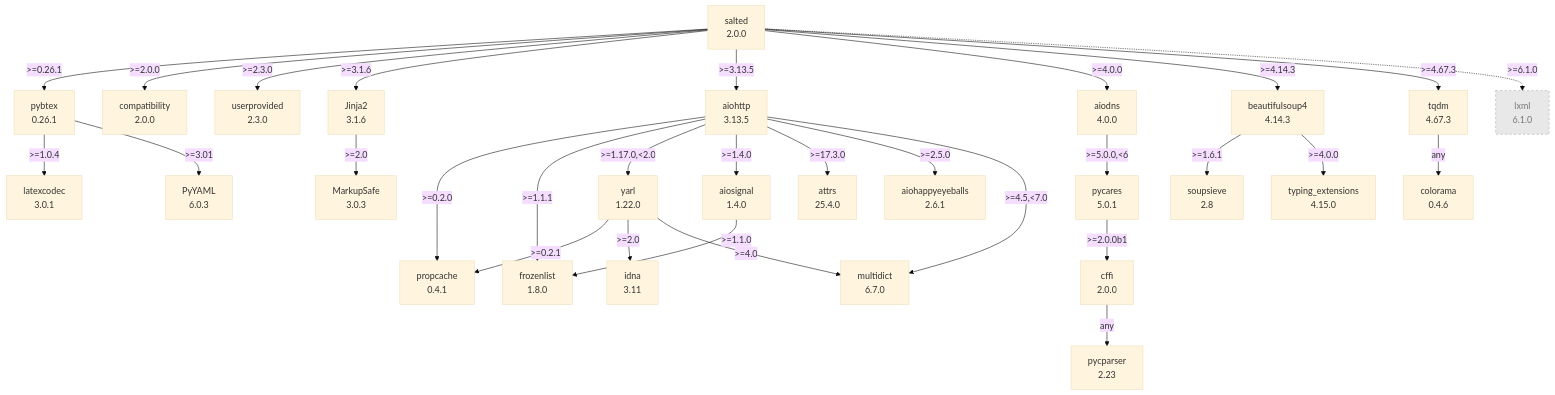
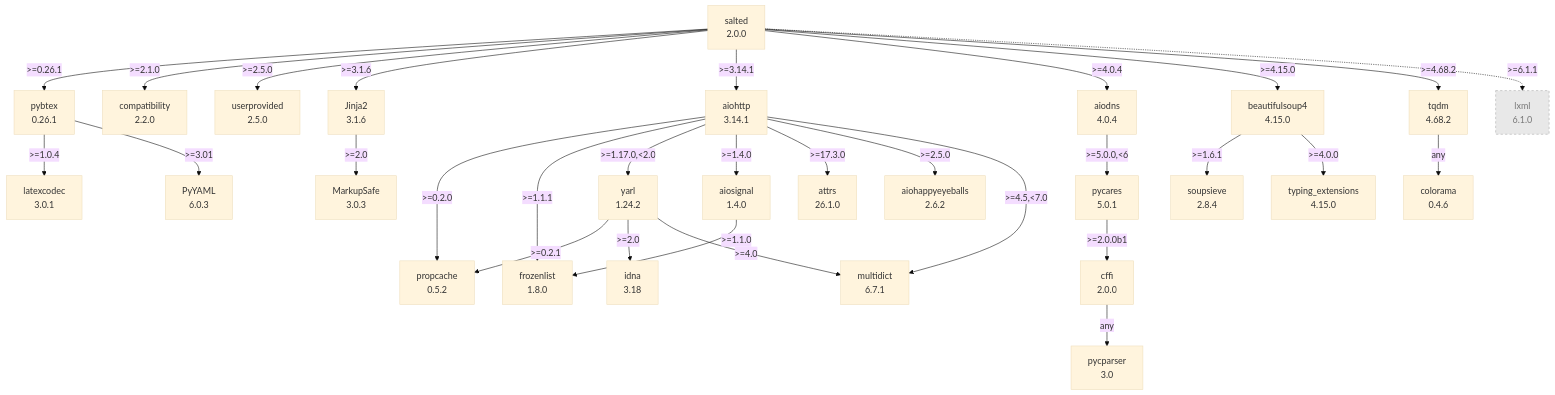
One commit to RuedigerVoigt/salted changed the diagram in documentation/dependency-graph.md. Above: the diagram before and after it, drawn with Mermaid (base theme). The commit also changed 2 other files, not shown here.

Commit message:
Move dependency-graph script to scripts/ and refresh graph

````diff
--- a/documentation/dependency-graph.md
+++ b/documentation/dependency-graph.md
@@ -1,61 +1,61 @@
 ```mermaid
 flowchart TD
     classDef missing stroke-dasharray: 5
     classDef optional fill:#e8e8e8,stroke:#aaaaaa,color:#777777,stroke-dasharray:4
-    aiodns["aiodns<br/>4.0.0"]
-    aiohappyeyeballs["aiohappyeyeballs<br/>2.6.1"]
-    aiohttp["aiohttp<br/>3.13.5"]
+    aiodns["aiodns<br/>4.0.4"]
+    aiohappyeyeballs["aiohappyeyeballs<br/>2.6.2"]
+    aiohttp["aiohttp<br/>3.14.1"]
     aiosignal["aiosignal<br/>1.4.0"]
-    attrs["attrs<br/>25.4.0"]
-    beautifulsoup4["beautifulsoup4<br/>4.14.3"]
+    attrs["attrs<br/>26.1.0"]
+    beautifulsoup4["beautifulsoup4<br/>4.15.0"]
     cffi["cffi<br/>2.0.0"]
     colorama["colorama<br/>0.4.6"]
-    compatibility["compatibility<br/>2.0.0"]
+    compatibility["compatibility<br/>2.2.0"]
     frozenlist["frozenlist<br/>1.8.0"]
-    idna["idna<br/>3.11"]
+    idna["idna<br/>3.18"]
     jinja2["Jinja2<br/>3.1.6"]
     latexcodec["latexcodec<br/>3.0.1"]
     markupsafe["MarkupSafe<br/>3.0.3"]
-    multidict["multidict<br/>6.7.0"]
-    propcache["propcache<br/>0.4.1"]
+    multidict["multidict<br/>6.7.1"]
+    propcache["propcache<br/>0.5.2"]
     pybtex["pybtex<br/>0.26.1"]
     pycares["pycares<br/>5.0.1"]
-    pycparser["pycparser<br/>2.23"]
+    pycparser["pycparser<br/>3.0"]
     pyyaml["PyYAML<br/>6.0.3"]
     salted["salted<br/>2.0.0"]
-    soupsieve["soupsieve<br/>2.8"]
-    tqdm["tqdm<br/>4.67.3"]
+    soupsieve["soupsieve<br/>2.8.4"]
+    tqdm["tqdm<br/>4.68.2"]
     typing-extensions["typing_extensions<br/>4.15.0"]
-    userprovided["userprovided<br/>2.3.0"]
-    yarl["yarl<br/>1.22.0"]
+    userprovided["userprovided<br/>2.5.0"]
+    yarl["yarl<br/>1.24.2"]
     lxml["lxml<br/>6.1.0"]:::optional
     aiodns -- ">=5.0.0,<6" --> pycares
     aiohttp -- ">=0.2.0" --> propcache
     aiohttp -- ">=1.1.1" --> frozenlist
     aiohttp -- ">=1.17.0,<2.0" --> yarl
     aiohttp -- ">=1.4.0" --> aiosignal
     aiohttp -- ">=17.3.0" --> attrs
     aiohttp -- ">=2.5.0" --> aiohappyeyeballs
     aiohttp -- ">=4.5,<7.0" --> multidict
     aiosignal -- ">=1.1.0" --> frozenlist
     beautifulsoup4 -- ">=1.6.1" --> soupsieve
     beautifulsoup4 -- ">=4.0.0" --> typing-extensions
     cffi -- "any" --> pycparser
     jinja2 -- ">=2.0" --> markupsafe
     pybtex -- ">=1.0.4" --> latexcodec
     pybtex -- ">=3.01" --> pyyaml
     pycares -- ">=2.0.0b1" --> cffi
     salted -- ">=0.26.1" --> pybtex
-    salted -- ">=2.0.0" --> compatibility
-    salted -- ">=2.3.0" --> userprovided
+    salted -- ">=2.1.0" --> compatibility
+    salted -- ">=2.5.0" --> userprovided
     salted -- ">=3.1.6" --> jinja2
-    salted -- ">=3.13.5" --> aiohttp
-    salted -- ">=4.0.0" --> aiodns
-    salted -- ">=4.14.3" --> beautifulsoup4
-    salted -- ">=4.67.3" --> tqdm
+    salted -- ">=3.14.1" --> aiohttp
+    salted -- ">=4.0.4" --> aiodns
+    salted -- ">=4.15.0" --> beautifulsoup4
+    salted -- ">=4.68.2" --> tqdm
     tqdm -- "any" --> colorama
     yarl -- ">=0.2.1" --> propcache
     yarl -- ">=2.0" --> idna
     yarl -- ">=4.0" --> multidict
-    salted -. ">=6.1.0" .-> lxml
+    salted -. ">=6.1.1" .-> lxml
 ```
````
